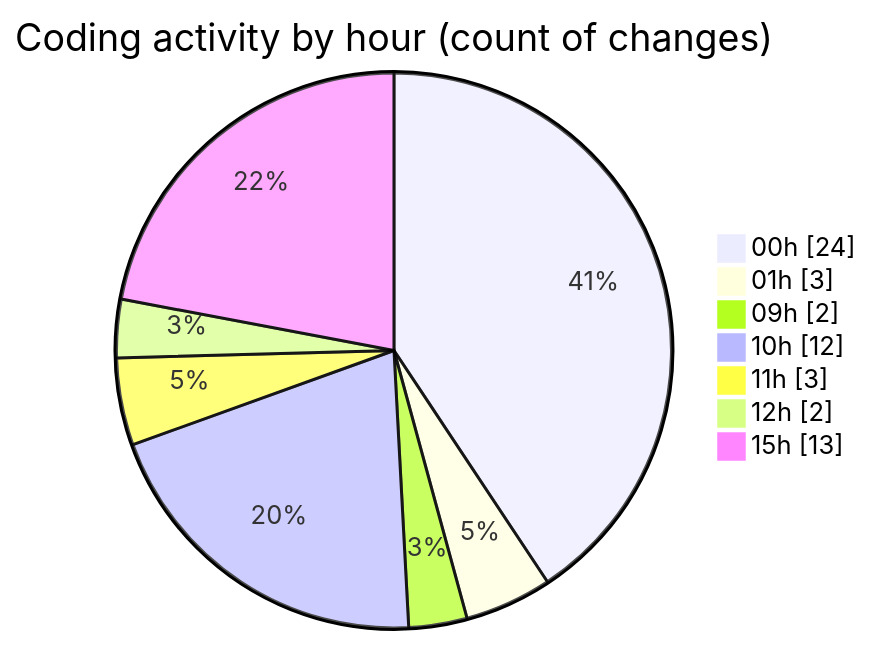
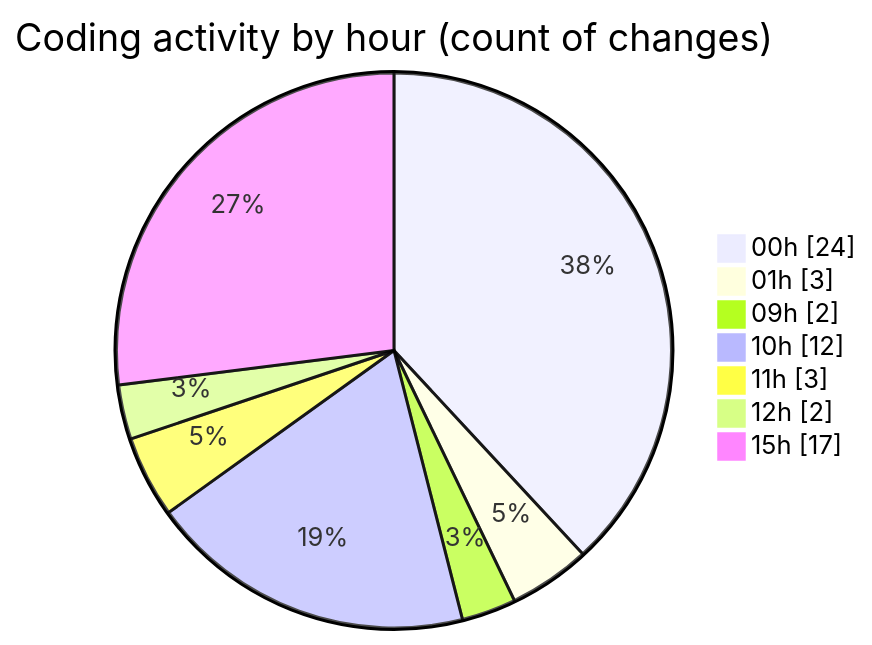
One commit to julien-gomy/code-tracking changed the second of 2 diagrams in 2025-11-24/eventscop-frontend-guide__workspace_/README.md. Above: the diagram before and after it, drawn with Mermaid. The commit also changed other lines of this file and 1 other file, not shown here.

````diff
--- a/2025-11-24/eventscop-frontend-guide__workspace_/README.md
+++ b/2025-11-24/eventscop-frontend-guide__workspace_/README.md
@@ -43,11 +43,11 @@
 ```mermaid
 pie showData
 title Coding activity by hour (count of changes)
 "00h" : 24
 "01h" : 3
 "09h" : 2
 "10h" : 12
 "11h" : 3
 "12h" : 2
-"15h" : 13
+"15h" : 17
 ```
````
